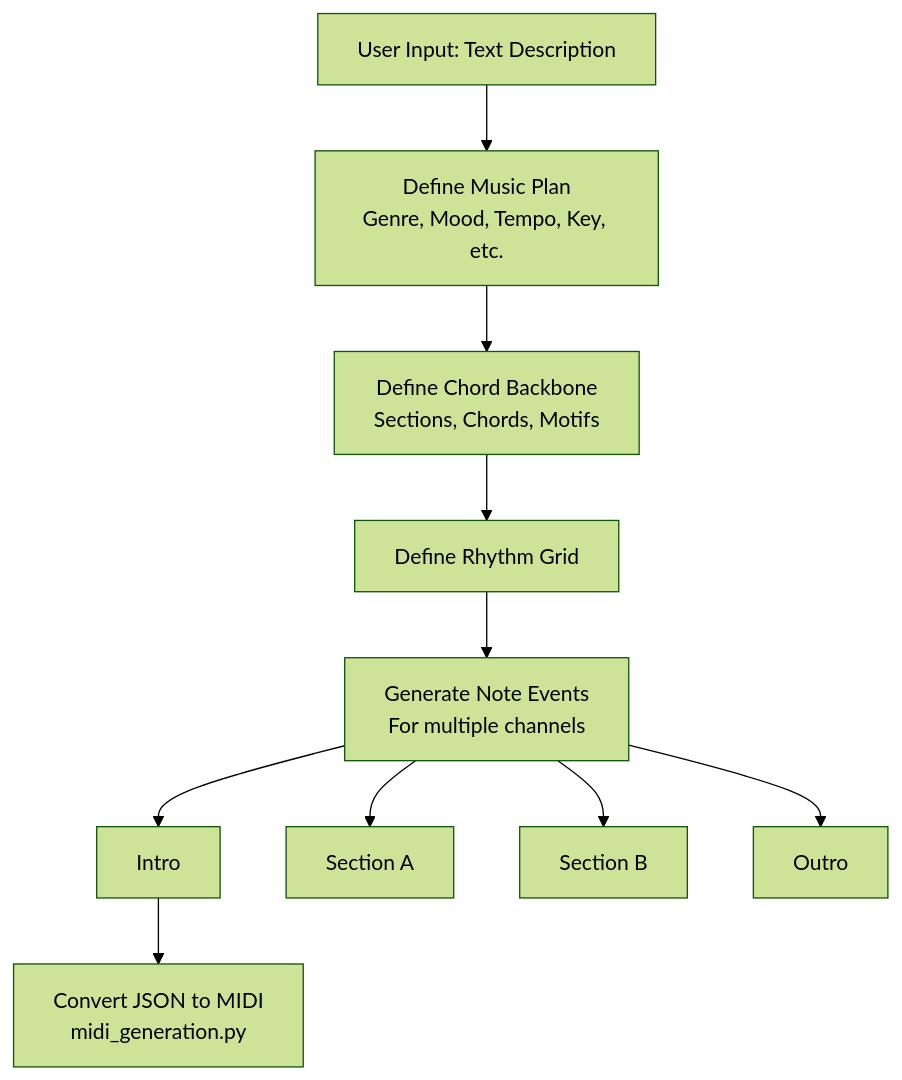
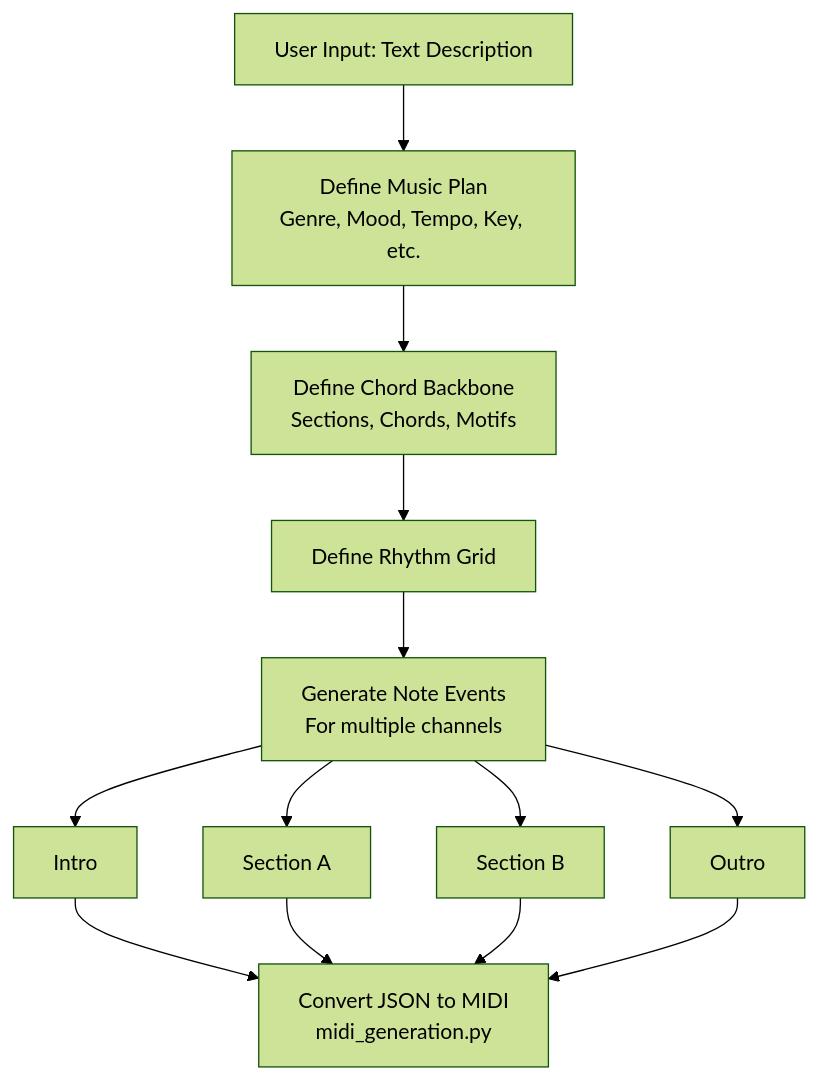
The diagram in README.md (monitus2022/AnyLLM2Music-backend), drawn with Mermaid (forest theme) before and after one commit. The commit also changed 1 other file, not shown here.

Commit message:
updated readme and env config for testing

````diff
--- a/README.md
+++ b/README.md
@@ -9,12 +9,15 @@
 ```mermaid
 graph TD;
     A[User Input: Text Description] --> B[Define Music Plan<br/>Genre, Mood, Tempo, Key, etc.];
     B --> C[Define Chord Backbone<br/>Sections, Chords, Motifs];
     C --> D[Define Rhythm Grid];
     D --> E[Generate Note Events<br/>For multiple channels];
     E --> E1[Intro];
     E --> E2[Section A];
     E --> E3[Section B];
     E --> E4[Outro];
     E1 --> F[Convert JSON to MIDI<br/>midi_generation.py];
+    E2 --> F
+    E3 --> F
+    E4 --> F
 ```
````
